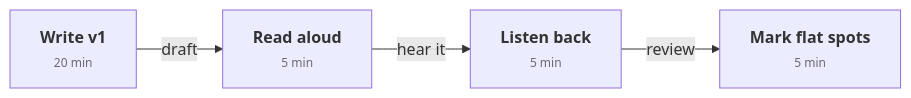
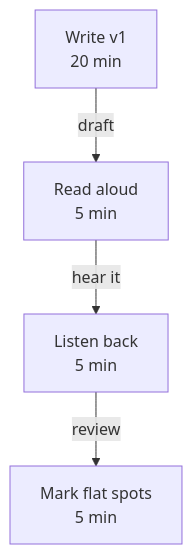
One commit to leotansingapore/aia-product-compass-hub changed the diagram in docs/next-60-days/week-1/day-04.md. Above: the diagram before and after it, drawn with Mermaid. The commit also changed 39 other files, not shown here.

Commit message:
Next-60-days and first-14-days lessons: vertical mermaid diagrams, no broken inline-HTML blocks

````diff
--- a/docs/next-60-days/week-1/day-04.md
+++ b/docs/next-60-days/week-1/day-04.md
@@ -83,10 +83,6 @@
 ```mermaid
-flowchart LR
-    W["<b>Write v1</b><br/><span style='font-size:12px;opacity:0.7'>20 min</span>"]
-    R["<b>Read aloud</b><br/><span style='font-size:12px;opacity:0.7'>5 min</span>"]
-    L["<b>Listen back</b><br/><span style='font-size:12px;opacity:0.7'>5 min</span>"]
-    M["<b>Mark flat spots</b><br/><span style='font-size:12px;opacity:0.7'>5 min</span>"]
-    W -->|draft| R
-    R -->|hear it| L
-    L -->|review| M
+flowchart TD
+    W["Write v1<br/>20 min"] -->|"draft"| R["Read aloud<br/>5 min"]
+    R -->|"hear it"| L["Listen back<br/>5 min"]
+    L -->|"review"| M["Mark flat spots<br/>5 min"]
 ```
````
